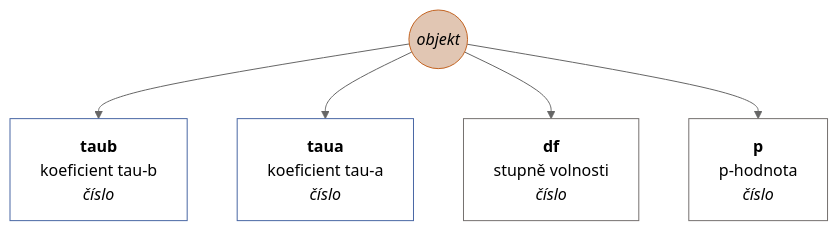
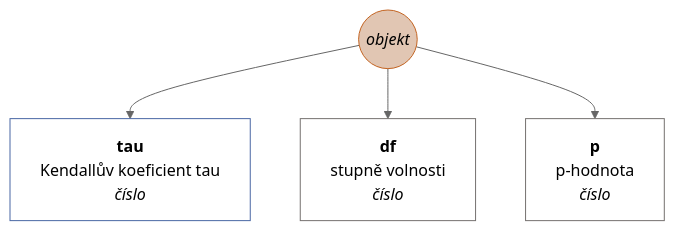
Diagram 29 of 40 in docs/cs-CZ.md (muzikp/retusa), drawn with Mermaid (neutral theme) before and after one commit. The commit also changed other lines of this file and 9 other files, not shown here.

Commit message:
Kendall Tau corrected

````diff
--- a/docs/cs-CZ.md
+++ b/docs/cs-CZ.md
@@ -1058,19 +1058,16 @@
 ```mermaid
 graph TD
 correlKendall((<i>objekt</i>))
 style correlKendall fill:#E1C6B3;
 style correlKendall stroke:#C36422;
-correlKendall --> taub[<b>taub</b><br>koeficient tau-b <br><i>číslo</i>]
-style taub fill:#FFFFFF;
-style taub stroke:#4967A4;
-correlKendall --> taua[<b>taua</b><br>koeficient tau-a <br><i>číslo</i>]
-style taua fill:#FFFFFF;
-style taua stroke:#4967A4;
+correlKendall --> tau[<b>tau</b><br>Kendallův koeficient tau <br><i>číslo</i>]
+style tau fill:#FFFFFF;
+style tau stroke:#4967A4;
 correlKendall --> df[<b>df</b><br>stupně volnosti <br><i>číslo</i>]
 style df fill:#FFFFFF;
 style df stroke:#75716F;
 correlKendall --> p[<b>p</b><br>p-hodnota <br><i>číslo</i>]
 style p fill:#FFFFFF;
 style p stroke:#75716F;
 
 ```
````
